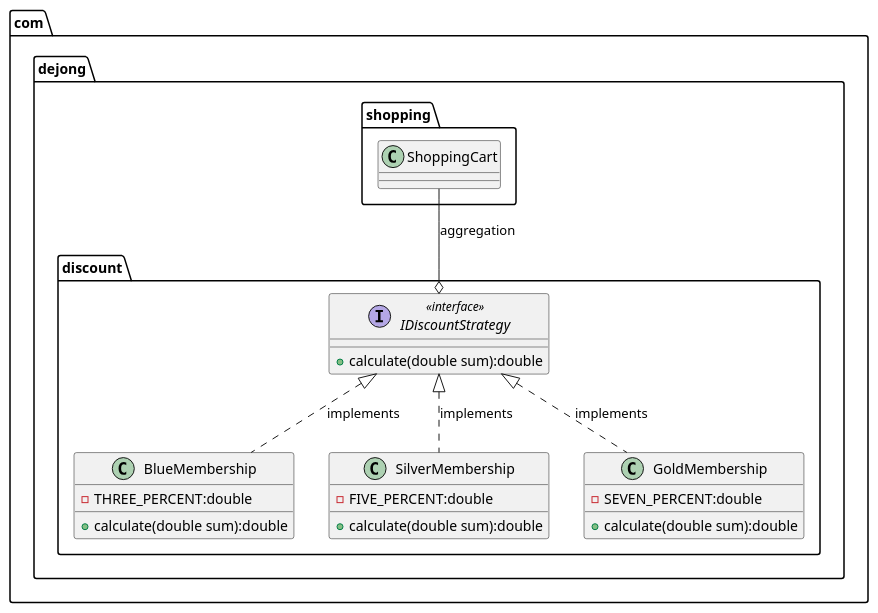
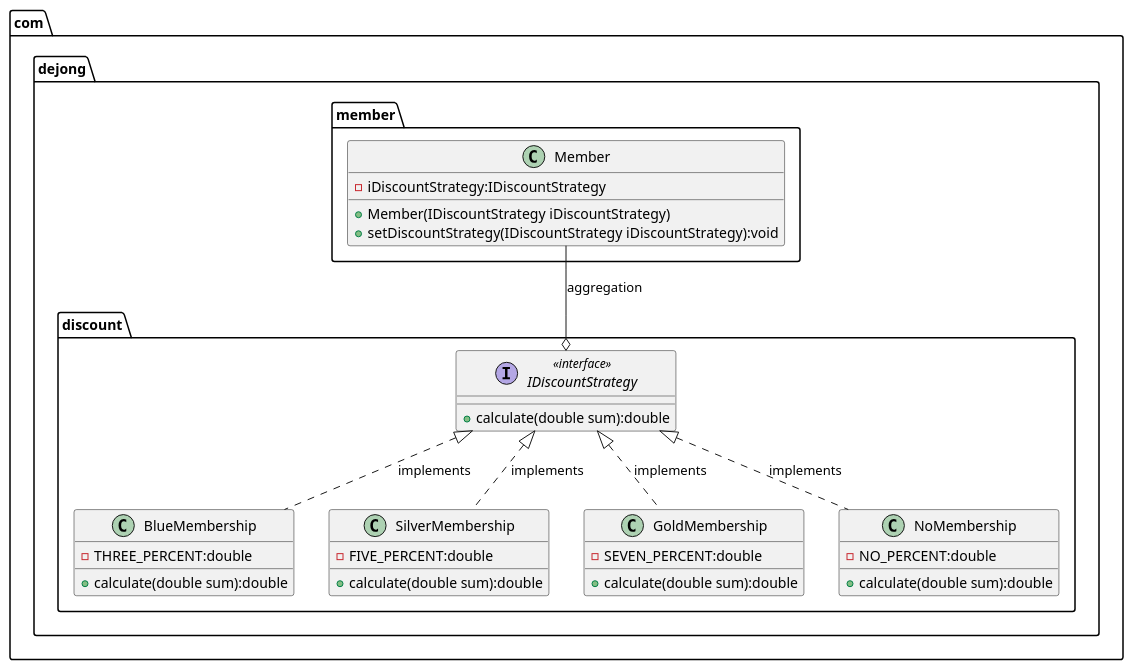
One commit to dejongyeong/design-patterns changed the diagram in online-shopping/online-shopping.puml. Above: the diagram before and after it, drawn with PlantUML. The commit also changed 6 other files, not shown here.

```diff
--- a/online-shopping/online-shopping.puml
+++ b/online-shopping/online-shopping.puml
@@ -1,29 +1,39 @@
 @startuml
 
 'Concrete Class
 class com.dejong.discount.BlueMembership {
     - THREE_PERCENT:double
     + calculate(double sum):double
 }
 class com.dejong.discount.SilverMembership {
     - FIVE_PERCENT:double
     + calculate(double sum):double
 }
 class com.dejong.discount.GoldMembership {
     - SEVEN_PERCENT:double
     + calculate(double sum):double
 }
+class com.dejong.discount.NoMembership {
+    - NO_PERCENT:double
+    + calculate(double sum):double
+}
+class com.dejong.member.Member {
+    - iDiscountStrategy:IDiscountStrategy
+    + Member(IDiscountStrategy iDiscountStrategy)
+    + setDiscountStrategy(IDiscountStrategy iDiscountStrategy):void
+}
 
 'Interface
 interface com.dejong.discount.IDiscountStrategy << interface >> {
     + calculate(double sum):double
 }
 
 'Relationships
-com.dejong.shopping.ShoppingCart --o com.dejong.discount.IDiscountStrategy : aggregation
+com.dejong.member.Member --o com.dejong.discount.IDiscountStrategy : aggregation
 com.dejong.discount.IDiscountStrategy <|.. com.dejong.discount.BlueMembership : implements
 com.dejong.discount.IDiscountStrategy <|.. com.dejong.discount.SilverMembership : implements
 com.dejong.discount.IDiscountStrategy <|.. com.dejong.discount.GoldMembership : implements
+com.dejong.discount.IDiscountStrategy <|.. com.dejong.discount.NoMembership : implements
 
 
 @enduml
```
